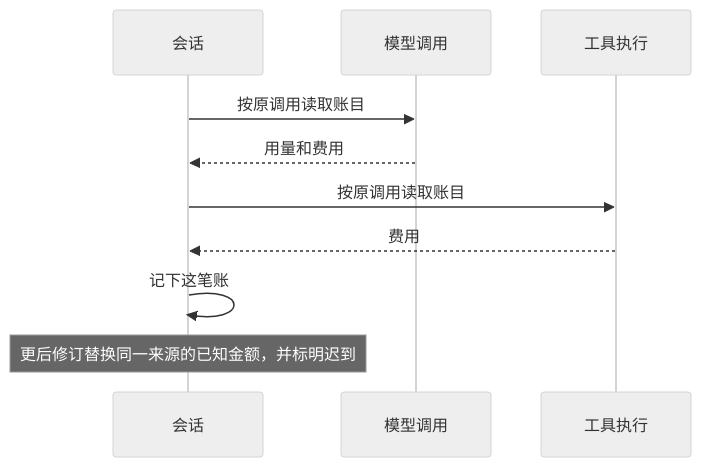
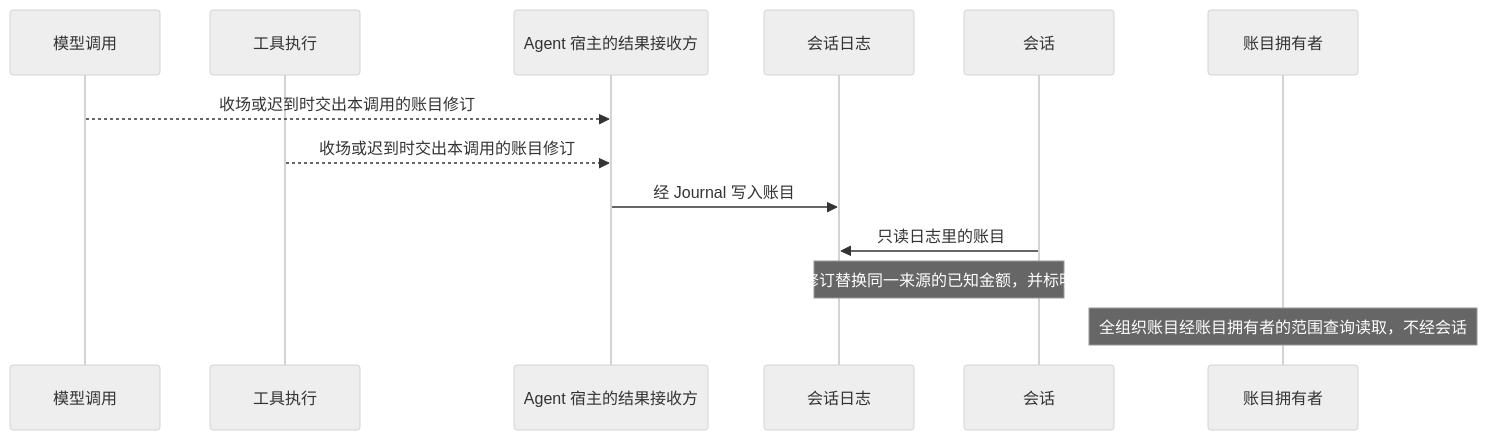
One commit to nemori-ai/omne-harness-lite changed the second of 2 diagrams in docs/domains/sessions-and-work/README.md. Above: the diagram before and after it, drawn with Mermaid (neutral theme). The commit also changed other lines of this file and 15 other files, not shown here.

````diff
--- a/docs/domains/sessions-and-work/README.md
+++ b/docs/domains/sessions-and-work/README.md
@@ -68,12 +68,15 @@
 ```mermaid
 sequenceDiagram
-  participant Session as 会话
   participant Model as 模型调用
   participant Tool as 工具执行
-  Session->>Model: 按原调用读取账目
-  Model-->>Session: 用量和费用
-  Session->>Tool: 按原调用读取账目
-  Tool-->>Session: 费用
-  Session->>Session: 记下这笔账
-  Note over Session: 更后修订替换同一来源的已知金额，并标明迟到
+  participant Receiver as Agent 宿主的结果接收方
+  participant Log as 会话日志
+  participant Session as 会话
+  participant Owner as 账目拥有者
+  Model-->>Receiver: 收场或迟到时交出本调用的账目修订
+  Tool-->>Receiver: 收场或迟到时交出本调用的账目修订
+  Receiver->>Log: 经 Journal 写入账目
+  Session->>Log: 只读日志里的账目
+  Note over Session,Log: 更后修订替换同一来源的已知金额，并标明迟到
+  Note over Owner: 全组织账目经账目拥有者的范围查询读取，不经会话
 ```
````
